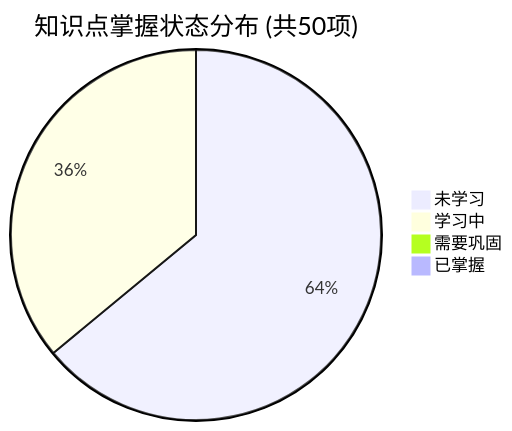
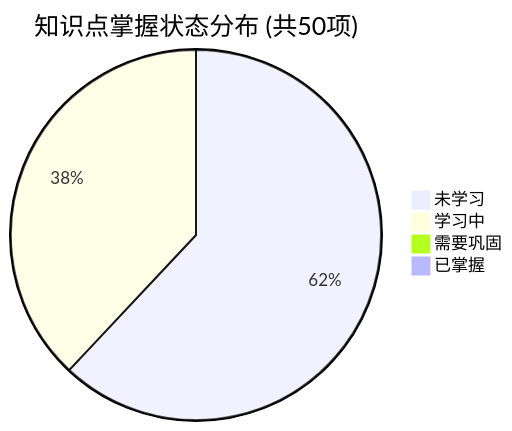
The first of 2 diagrams in PROGRESS.md (tieke1121/tech-interview-knowledge-base), drawn with Mermaid before and after one commit. The commit also changed other lines of this file and 1 other file, not shown here.

Commit message:
feat(day22): add jvm memory model, g1/zgc collectors & oom diagnosis architecture document

````diff
--- a/PROGRESS.md
+++ b/PROGRESS.md
@@ -23,7 +23,7 @@
 ```mermaid
 pie title 知识点掌握状态分布 (共50项)
-    "未学习" : 32
-    "学习中" : 18
+    "未学习" : 31
+    "学习中" : 19
     "需要巩固" : 0
     "已掌握" : 0
 ```
````
